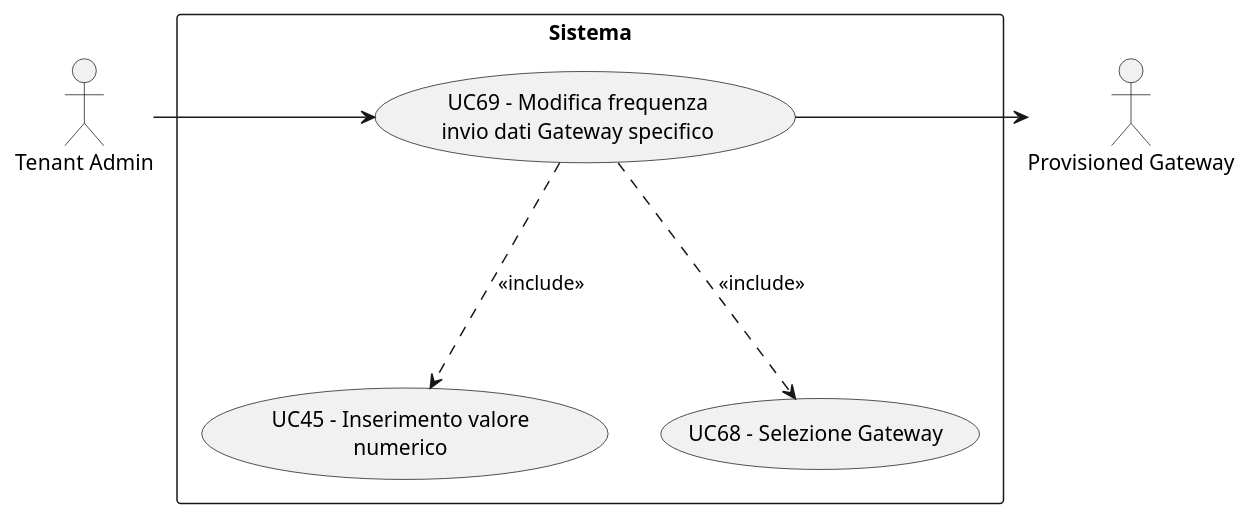
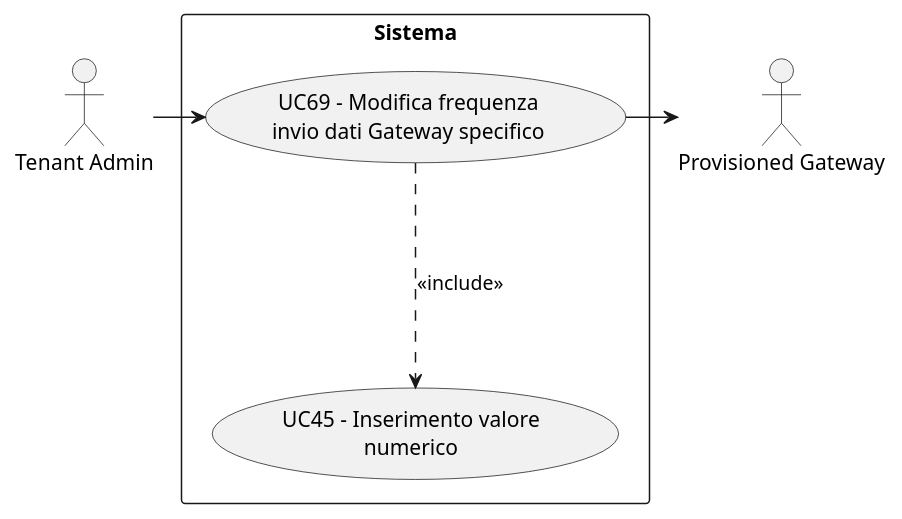
One commit to NoTIPswe/RepoDocumentale changed the diagram in docs/12-rtb/docest/analisi_requisiti/puml_output/cloud/modifica_frequenza_invio_gateway.puml. Above: the diagram before and after it, drawn with PlantUML. The commit also changed 17 other files, not shown here.

```diff
--- a/docs/12-rtb/docest/analisi_requisiti/puml_output/cloud/modifica_frequenza_invio_gateway.puml
+++ b/docs/12-rtb/docest/analisi_requisiti/puml_output/cloud/modifica_frequenza_invio_gateway.puml
@@ -1,20 +1,18 @@
 @startuml
 skinparam wrapWidth 200
 skinparam MaxMessageSize 150
 top to bottom direction
 skinparam packageStyle rectangle
 
 actor "Provisioned Gateway" as CA_p_gway
 actor "Tenant Admin" as CA_tenant_adm
 
 rectangle "Sistema" {
     usecase "UC45 - Inserimento valore numerico" as inserimento_valore_numerico
     usecase "UC69 - Modifica frequenza invio dati Gateway specifico" as modifica_frequenza_invio_gateway
-    usecase "UC68 - Selezione Gateway" as selezione_gateway
 }
 
 CA_tenant_adm -right-> modifica_frequenza_invio_gateway
 modifica_frequenza_invio_gateway -right-> CA_p_gway
-modifica_frequenza_invio_gateway -down..> selezione_gateway : <<include>>
 modifica_frequenza_invio_gateway -down..> inserimento_valore_numerico : <<include>>
 @enduml
```
